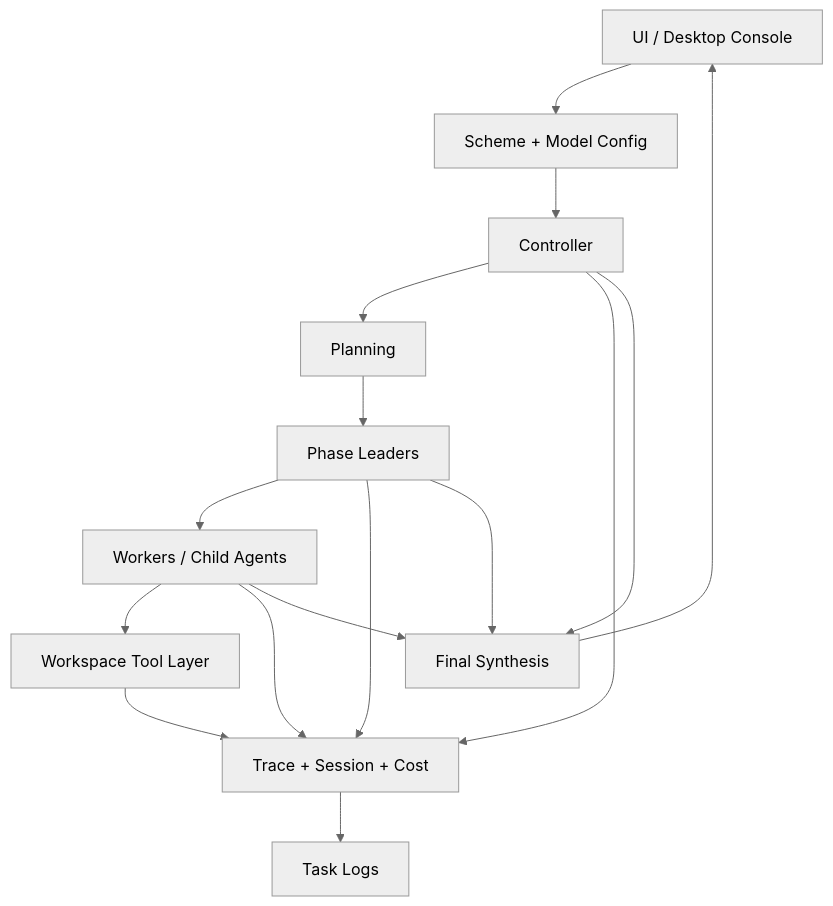
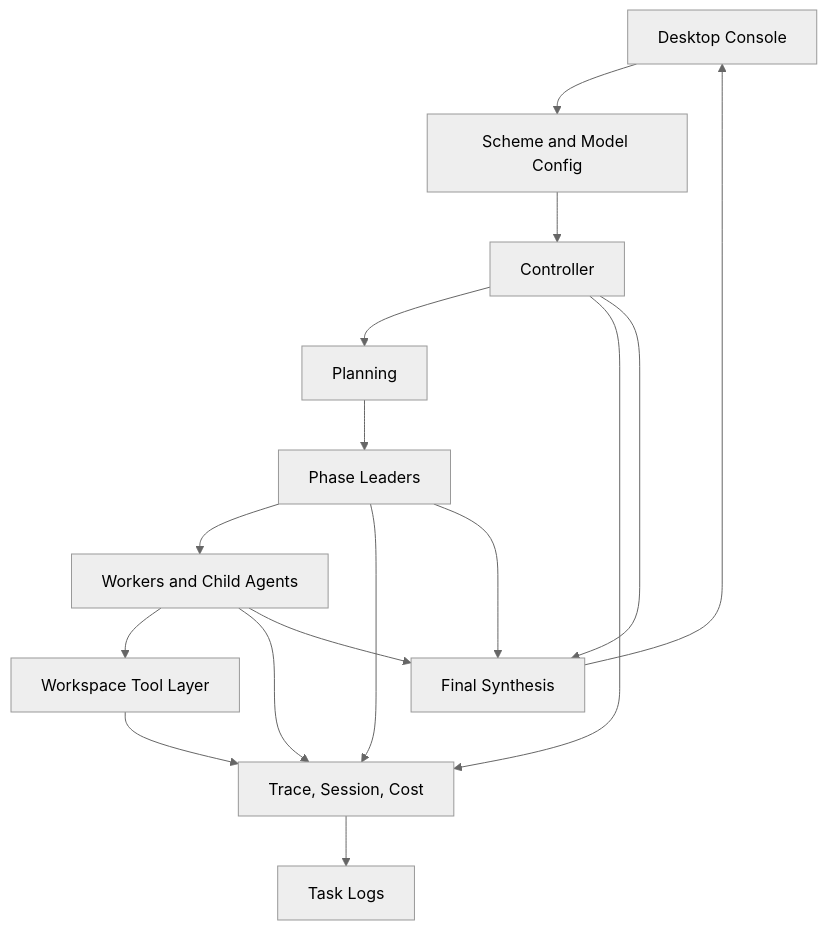
Before and after one commit to Christopher0129/agent-cluster: the diagram in README.md, drawn with Mermaid (neutral theme). The commit also changed other lines of this file and 8 other files, not shown here.

````diff
--- a/README.md
+++ b/README.md
@@ -78,29 +77,29 @@
 ```mermaid
 flowchart TD
-    UI[UI / Desktop Console]
-    CFG[Scheme + Model Config]
+    UI[Desktop Console]
+    CFG[Scheme and Model Config]
     CTRL[Controller]
     PLAN[Planning]
     LEAD[Phase Leaders]
-    WORK[Workers / Child Agents]
+    WORK[Workers and Child Agents]
     WS[Workspace Tool Layer]
-    TRACE[Trace + Session + Cost]
+    TRACE[Trace, Session, Cost]
     LOG[Task Logs]
     OUT[Final Synthesis]
 
     UI --> CFG
     CFG --> CTRL
     CTRL --> PLAN
     PLAN --> LEAD
     LEAD --> WORK
     WORK --> WS
     CTRL --> TRACE
     LEAD --> TRACE
     WORK --> TRACE
     WS --> TRACE
     TRACE --> LOG
     WORK --> OUT
     LEAD --> OUT
     CTRL --> OUT
     OUT --> UI
 ```
````
